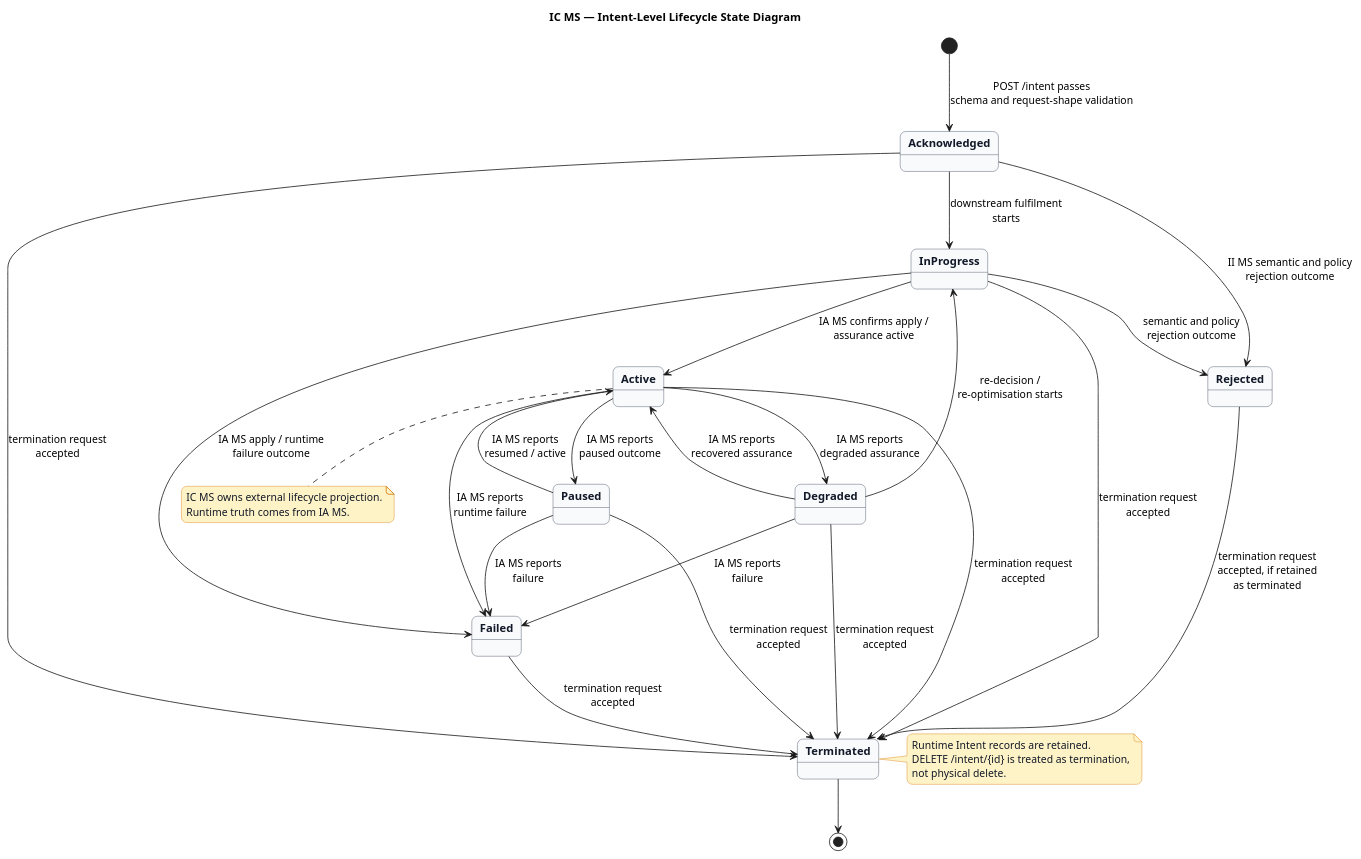
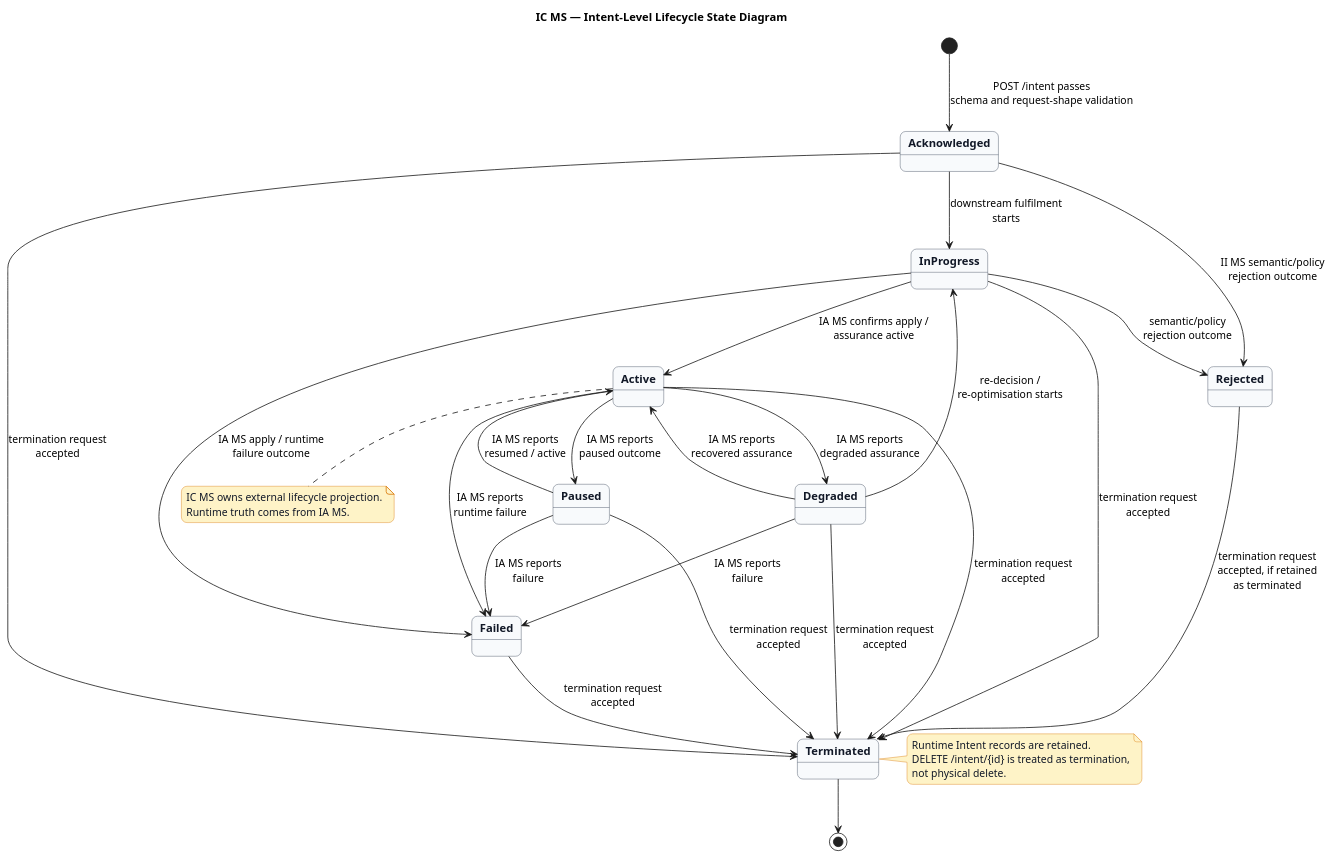
Before and after one commit to prageethw/im: the first of 2 diagrams in baseline/intent/ic-ms/ic_ms_design_brief.md, drawn with PlantUML. The commit also changed other lines of this file and 8 other files, not shown here.

````diff
--- a/baseline/intent/ic-ms/ic_ms_design_brief.md
+++ b/baseline/intent/ic-ms/ic_ms_design_brief.md
@@ -740,54 +710,54 @@
 ```plantuml
 @startuml
 title IC MS — Intent-Level Lifecycle State Diagram
 
 skinparam backgroundColor #FFFFFF
 skinparam shadowing false
 skinparam roundcorner 14
 skinparam state {
   BackgroundColor #F8FAFC
   BorderColor #334155
   FontColor #111827
   FontStyle bold
 }
 skinparam note {
   BackgroundColor #FEF3C7
   BorderColor #D97706
   FontColor #111827
 }
 
 [*] --> Acknowledged : POST /intent passes\nschema and request-shape validation
-Acknowledged --> Rejected : II MS semantic and policy\nrejection outcome
+Acknowledged --> Rejected : II MS semantic/policy\nrejection outcome
 Acknowledged --> InProgress : downstream fulfilment\nstarts
-InProgress --> Rejected : semantic and policy\nrejection outcome
+InProgress --> Rejected : semantic/policy\nrejection outcome
 InProgress --> Active : IA MS confirms apply /\nassurance active
 InProgress --> Failed : IA MS apply / runtime\nfailure outcome
 Active --> Degraded : IA MS reports\ndegraded assurance
 Degraded --> Active : IA MS reports\nrecovered assurance
 Degraded --> InProgress : re-decision /\nre-optimisation starts
 Active --> Paused : IA MS reports\npaused outcome
 Paused --> Active : IA MS reports\nresumed / active
 Paused --> Failed : IA MS reports\nfailure
 Active --> Failed : IA MS reports\nruntime failure
 Degraded --> Failed : IA MS reports\nfailure
 Acknowledged --> Terminated : termination request\naccepted
 InProgress --> Terminated : termination request\naccepted
 Active --> Terminated : termination request\naccepted
 Degraded --> Terminated : termination request\naccepted
 Paused --> Terminated : termination request\naccepted
 Failed --> Terminated : termination request\naccepted
 Rejected --> Terminated : termination request\naccepted, if retained\nas terminated
 Terminated --> [*]
 
 note right of Terminated
 Runtime Intent records are retained.
 DELETE /intent/{id} is treated as termination,
 not physical delete.
 end note
 
 note bottom of Active
 IC MS owns external lifecycle projection.
 Runtime truth comes from IA MS.
 end note
 @enduml
 ```
````
